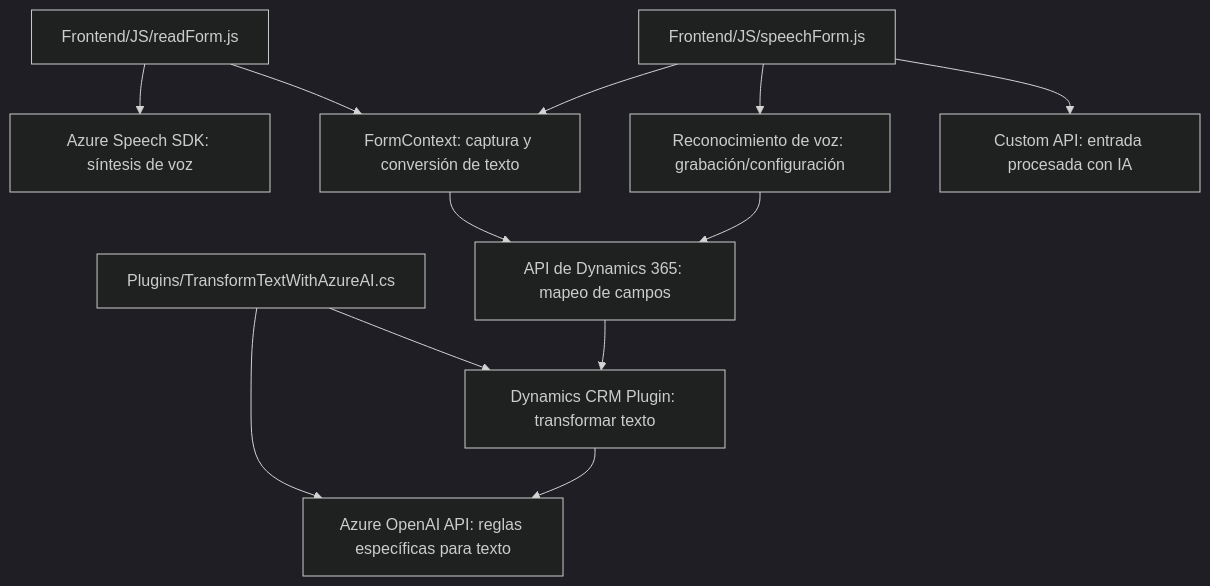
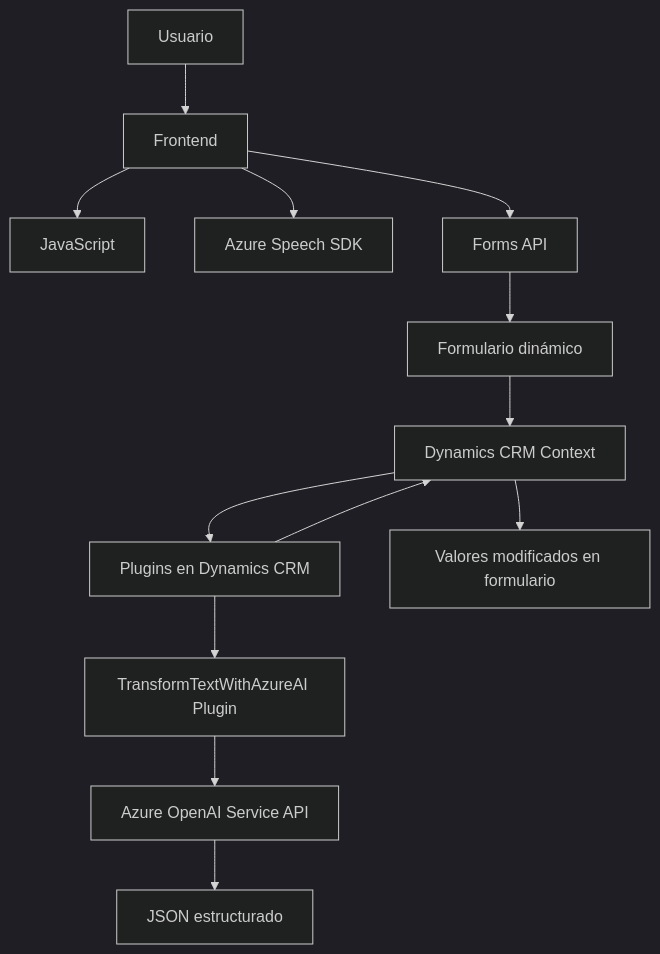
The diagram in README.md (blopezdm/NETCORE_BILBAO2025), drawn with Mermaid (dark theme) before and after one commit. The commit also changed other lines of this file, not shown here.

Commit message:
Actualizar análisis global de la solución con IA

````diff
--- a/README.md
+++ b/README.md
@@ -33,14 +42,15 @@
 ```mermaid
 graph TD
-    A["Frontend/JS/readForm.js"] --> B["Azure Speech SDK: síntesis de voz"]
-    A --> C["FormContext: captura y conversión de texto"]
-    C --> D["API de Dynamics 365: mapeo de campos"]
-    E["Frontend/JS/speechForm.js"] --> C
-    E --> F["Reconocimiento de voz: grabación/configuración"]
-    F --> D
-    E --> G["Custom API: entrada procesada con IA"]
-    H["Plugins/TransformTextWithAzureAI.cs"] --> I["Dynamics CRM Plugin: transformar texto"]
-    H --> J["Azure OpenAI API: reglas específicas para texto"]
-    D --> I
-    I --> J
+    A["Usuario"] --> B["Frontend"]
+    B --> C["JavaScript"]
+    B --> D["Azure Speech SDK"]
+    B --> E["Forms API"]
+    E --> F["Formulario dinámico"]
+    F --> G["Dynamics CRM Context"]
+    G --> H["Plugins en Dynamics CRM"]
+    H --> I["TransformTextWithAzureAI Plugin"]
+    I --> J["Azure OpenAI Service API"]
+    H --> G
+    J --> K["JSON estructurado"]
+    G --> L["Valores modificados en formulario"]
 ```
````
